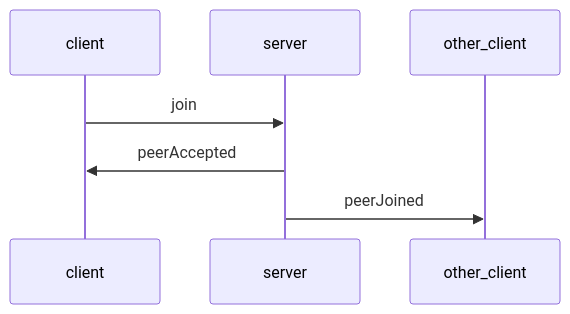
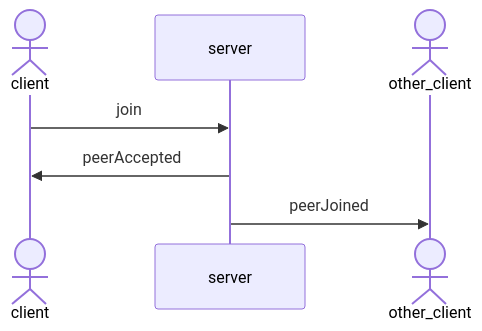
The first of 3 diagrams in internal_docs/protocol.md (fishjam-dev/membrane_rtc_engine), drawn with Mermaid before and after one commit. The commit also changed other lines of this file, not shown here.

````diff
--- a/internal_docs/protocol.md
+++ b/internal_docs/protocol.md
@@ -5,6 +5,9 @@
 ```mermaid
 sequenceDiagram
+    actor client
+    participant server
+    actor other_client
     client->>server: join
     server->>client: peerAccepted
     server->>other_client: peerJoined
 ```
````
